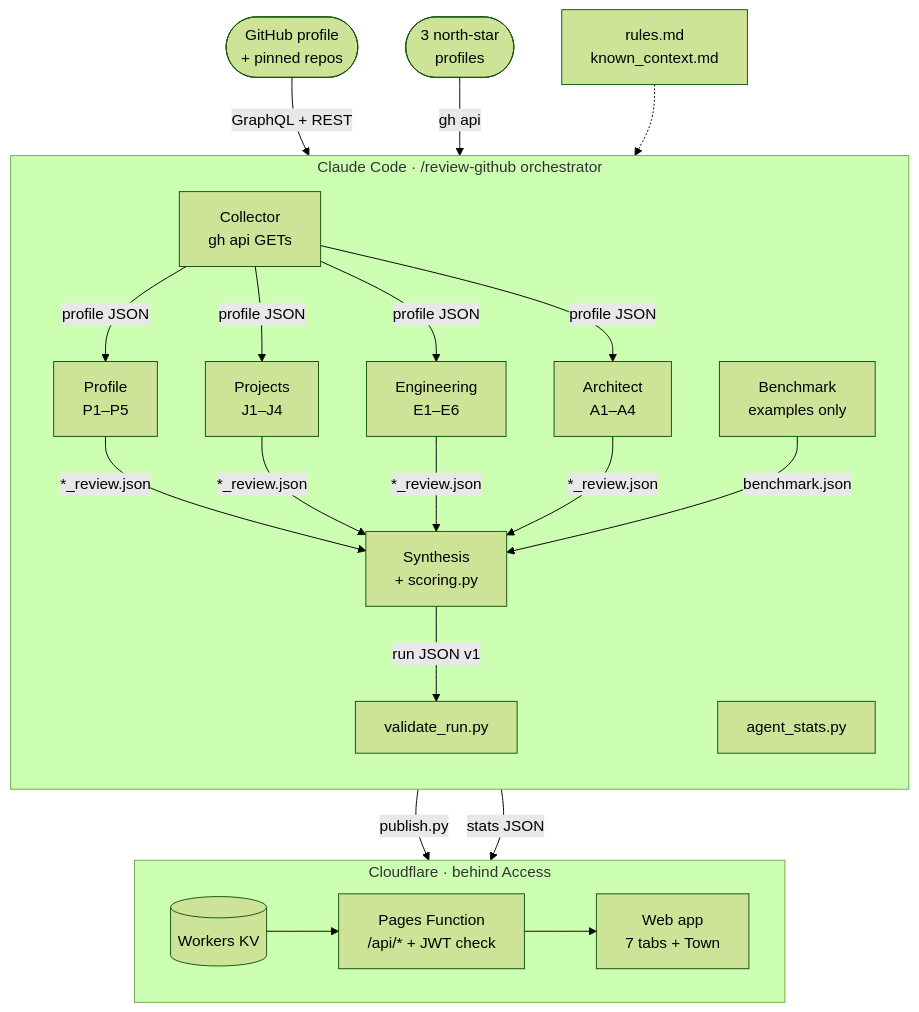
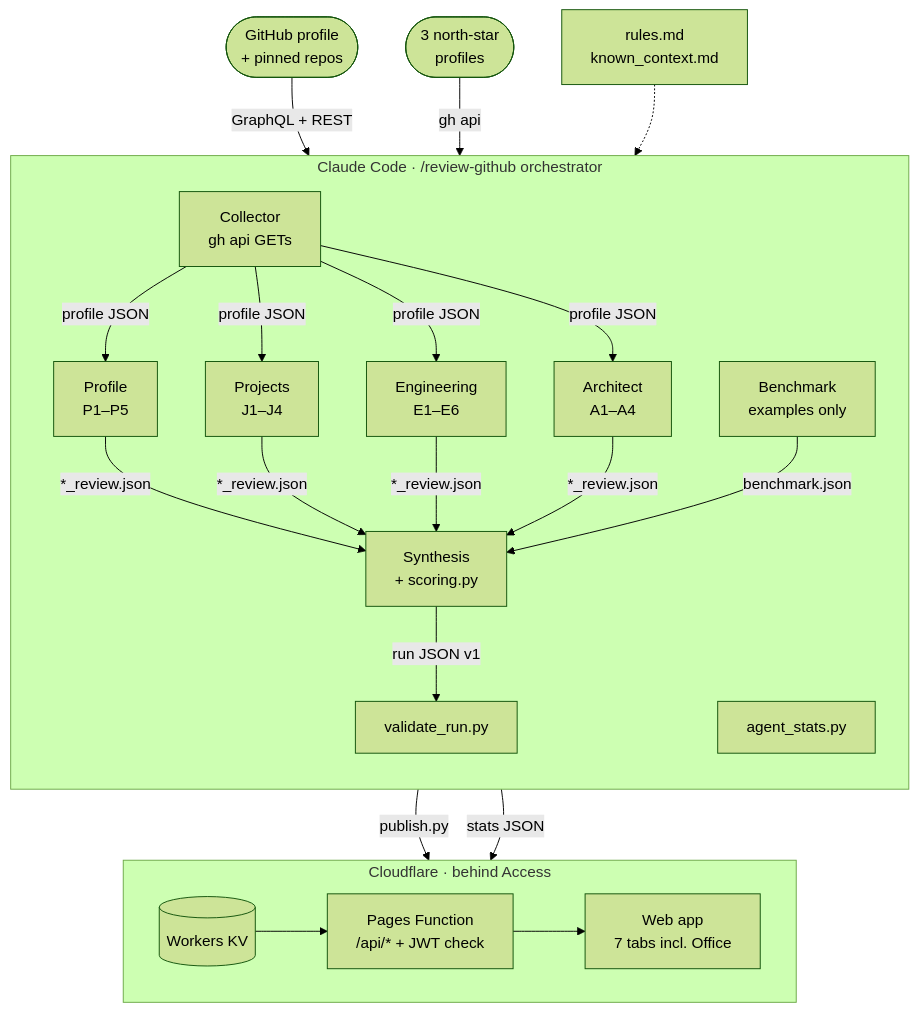
The first of 9 diagrams in README.md (felipecastro-data/github-profile-review), drawn with Mermaid (forest theme) before and after one commit. The commit also changed other lines of this file and 18 other files, not shown here.

First line of the commit message:
Rename the Town tab to Office

````diff
--- a/README.md
+++ b/README.md
@@ -84,37 +84,37 @@
 ```mermaid
 flowchart TB
     GH(["GitHub profile<br/>+ pinned repos"])
     NS(["3 north-star<br/>profiles"])
     K["rules.md<br/>known_context.md"]
 
     subgraph CC["Claude Code · /review-github orchestrator"]
         direction TB
         CO["Collector<br/>gh api GETs"]
         BM["Benchmark<br/>examples only"]
         PR["Profile<br/>P1–P5"]
         JR["Projects<br/>J1–J4"]
         ER["Engineering<br/>E1–E6"]
         AR["Architect<br/>A1–A4"]
         SY["Synthesis<br/>+ scoring.py"]
         V["validate_run.py"]
         T["agent_stats.py"]
     end
 
     subgraph CF["Cloudflare · behind Access"]
         direction LR
         KV[("Workers KV")]
         F["Pages Function<br/>/api/* + JWT check"]
-        P["Web app<br/>7 tabs + Town"]
+        P["Web app<br/>7 tabs incl. Office"]
     end
 
     GH -->|"GraphQL + REST"| CO
     NS -->|"gh api"| BM
     K -.-> CC
     CO -->|"profile JSON"| PR & JR & ER & AR
     PR & JR & ER & AR -->|"*_review.json"| SY
     BM -->|"benchmark.json"| SY
     SY -->|"run JSON v1"| V
     V -->|"publish.py"| KV
     T -->|"stats JSON"| KV
     KV --> F --> P
 ```
````
